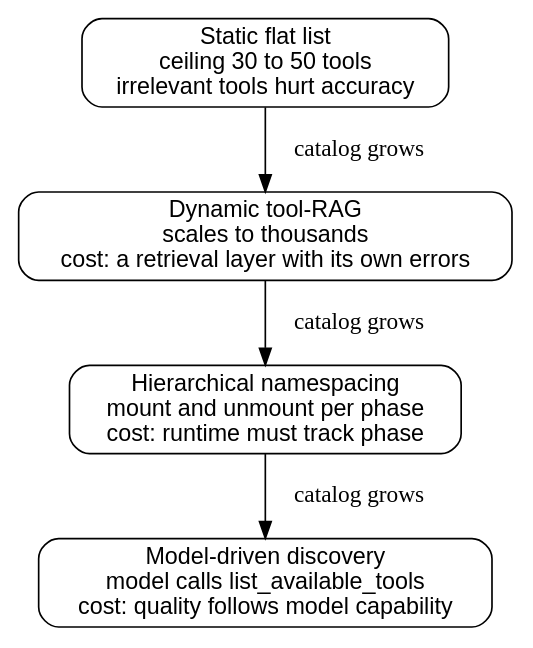
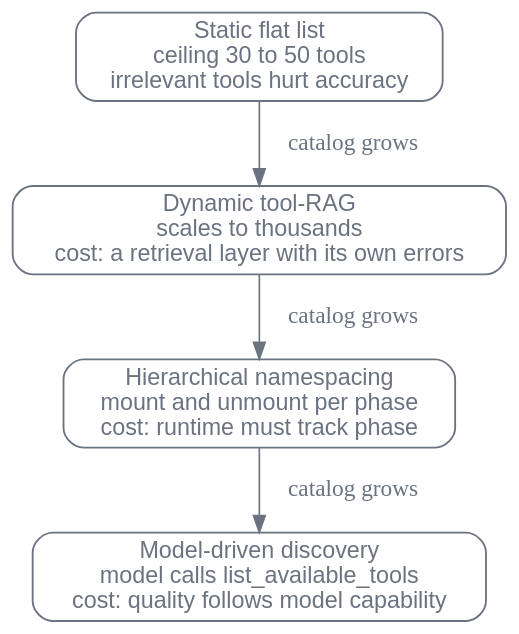
Before and after one commit to latere-ai/ai-as-an-infrastructure: the fourth of 4 diagrams in en/p5-orchestration/23-the-harness.qmd, drawn with Graphviz. The commit also changed 186 other files, not shown here.

First line of the commit message:
book: visual audit pass on all diagrams and figures

````diff
--- a/en/p5-orchestration/23-the-harness.qmd
+++ b/en/p5-orchestration/23-the-harness.qmd
@@ -276,15 +276,17 @@
 ```{dot}
 //| label: fig-harness-tool-ladder
 //| fig-cap: "The tool-selection ladder. Each rung raises the catalog ceiling and adds a cost the runtime must then own, from a static prompt list to model-driven discovery."
 digraph tool_ladder {
     rankdir=TB;
-    node [shape=box, style=rounded, fontname="Helvetica"];
+    bgcolor="transparent";
+    node [shape=box, style=rounded, fontname="Helvetica", color="#6b7280", fontcolor="#6b7280", penwidth=1.1];
+    edge [color="#6b7280", fontcolor="#6b7280"];
 
     R1 [label="Static flat list\nceiling 30 to 50 tools\nirrelevant tools hurt accuracy"];
     R2 [label="Dynamic tool-RAG\nscales to thousands\ncost: a retrieval layer with its own errors"];
     R3 [label="Hierarchical namespacing\nmount and unmount per phase\ncost: runtime must track phase"];
     R4 [label="Model-driven discovery\nmodel calls list_available_tools\ncost: quality follows model capability"];
 
     R1 -> R2 -> R3 -> R4 [label="  catalog grows"];
 }
 ```
````
